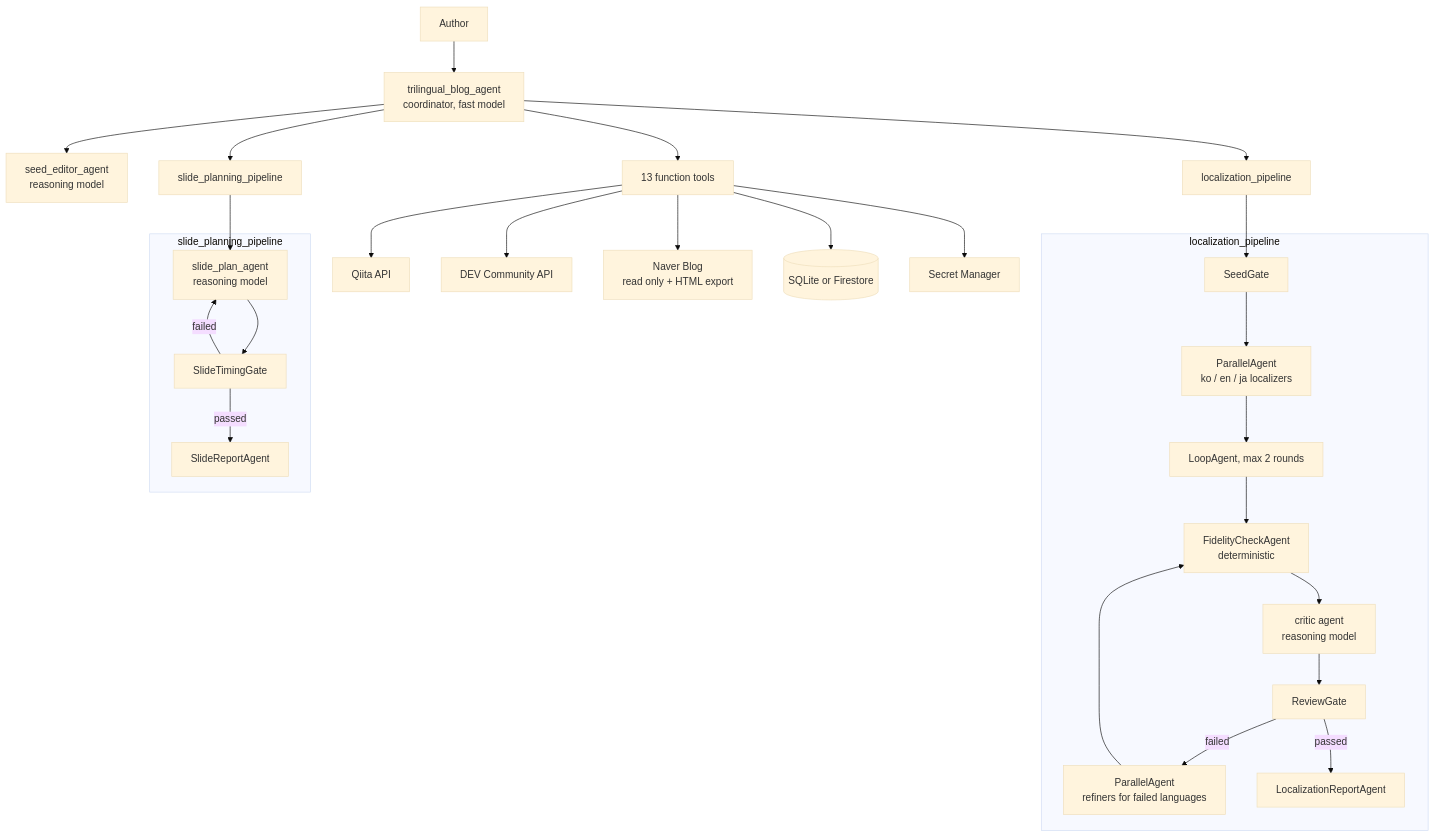
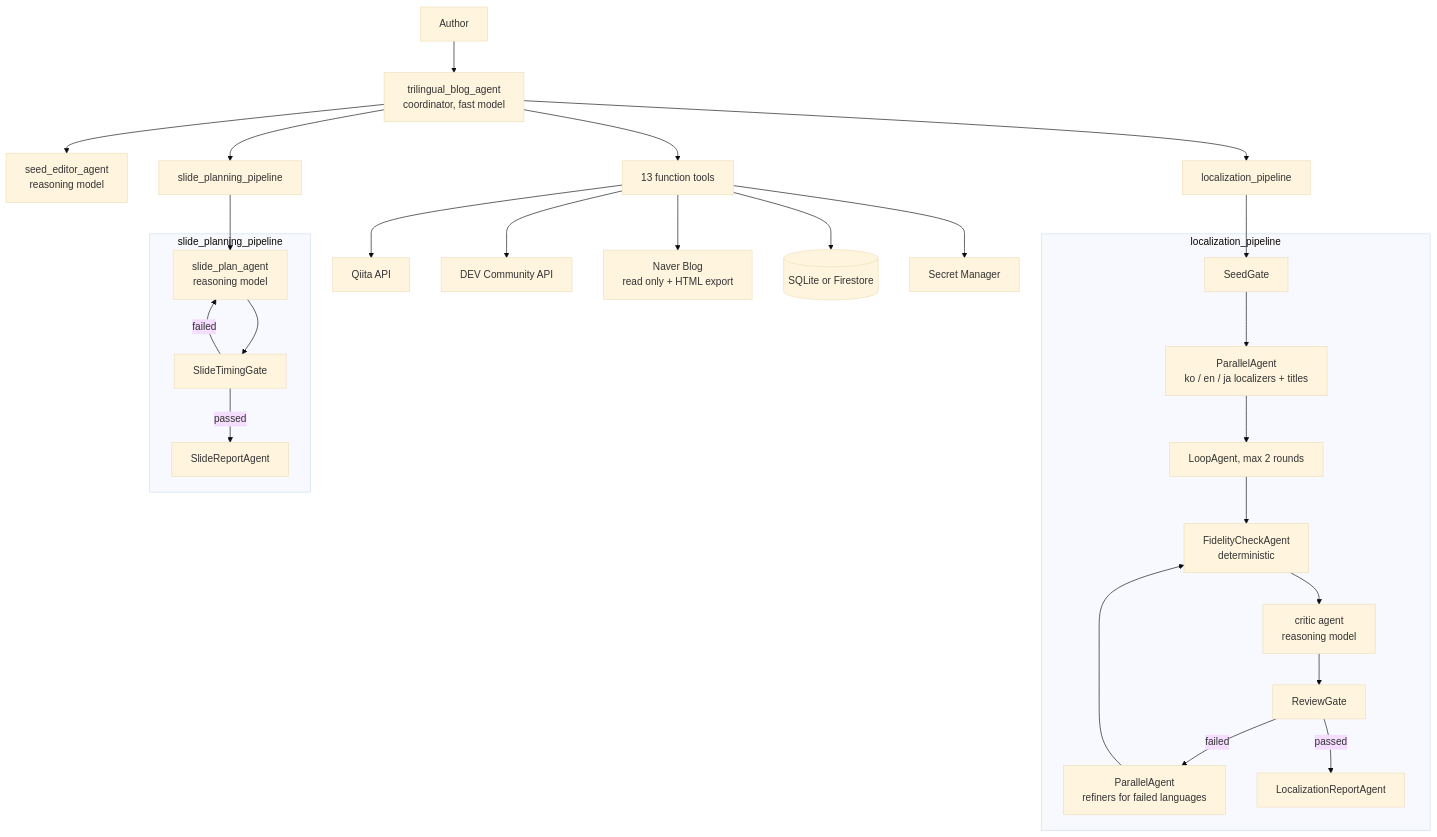
One commit to agenthekim/trilingual-blog-agent changed the diagram in README.md. Above: the diagram before and after it, drawn with Mermaid (base theme). The commit also changed other lines of this file and 11 other files, not shown here.

Commit message:
Localize titles per language; check code blocks by kind (code, mermaid, plain text)

````diff
--- a/README.md
+++ b/README.md
@@ -36,33 +36,33 @@
 ```mermaid
 flowchart TD
     U[Author] --> C[trilingual_blog_agent<br/>coordinator, fast model]
     C --> SE[seed_editor_agent<br/>reasoning model]
     C --> LP[localization_pipeline]
     C --> SP[slide_planning_pipeline]
     C --> T[13 function tools]
 
     subgraph LP_detail [localization_pipeline]
-        SG[SeedGate] --> FAN[ParallelAgent<br/>ko / en / ja localizers]
+        SG[SeedGate] --> FAN[ParallelAgent<br/>ko / en / ja localizers + titles]
         FAN --> LOOP[LoopAgent, max 2 rounds]
         LOOP --> FC[FidelityCheckAgent<br/>deterministic]
         FC --> CR[critic agent<br/>reasoning model]
         CR --> RG[ReviewGate]
         RG -->|failed| RF[ParallelAgent<br/>refiners for failed languages]
         RF --> FC
         RG -->|passed| REP[LocalizationReportAgent]
     end
     LP --> SG
 
     subgraph SP_detail [slide_planning_pipeline]
         PL[slide_plan_agent<br/>reasoning model] --> TG[SlideTimingGate]
         TG -->|failed| PL
         TG -->|passed| SR[SlideReportAgent]
     end
     SP --> PL
 
     T --> Q[Qiita API]
     T --> D[DEV Community API]
     T --> N[Naver Blog<br/>read only + HTML export]
     T --> ST[(SQLite or Firestore)]
     T --> SM[Secret Manager]
 ```
````
